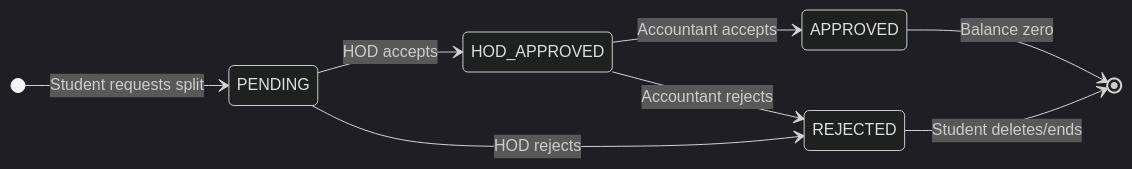
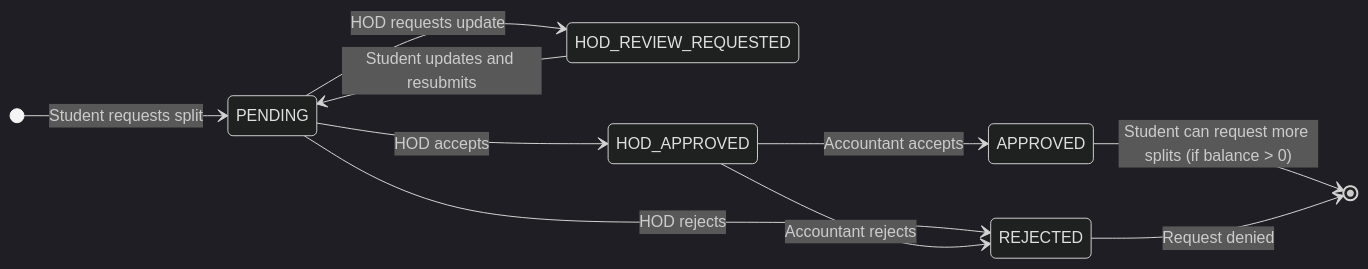
One commit to Ali1raz/portal-cui changed the third of 4 diagrams in docs/01-modules.md. Above: the diagram before and after it, drawn with Mermaid (dark theme). The commit also changed other lines of this file and 6 other files, not shown here.

Commit message:
(docs): update user flows

````diff
--- a/docs/01-modules.md
+++ b/docs/01-modules.md
@@ -88,15 +115,18 @@
 ```mermaid
 stateDiagram-v2
     direction LR
 
     [*] --> PENDING : Student requests split
 
+    PENDING --> HOD_REVIEW_REQUESTED : HOD requests update
     PENDING --> HOD_APPROVED : HOD accepts
     PENDING --> REJECTED : HOD rejects
+
+    HOD_REVIEW_REQUESTED --> PENDING : Student updates and resubmits
 
     HOD_APPROVED --> APPROVED : Accountant accepts
     HOD_APPROVED --> REJECTED : Accountant rejects
 
-    APPROVED --> [*] : Balance zero
-    REJECTED --> [*] : Student deletes/ends
+    APPROVED --> [*] : Student can request more splits (if balance > 0)
+    REJECTED --> [*] : Request denied
 ```
````
